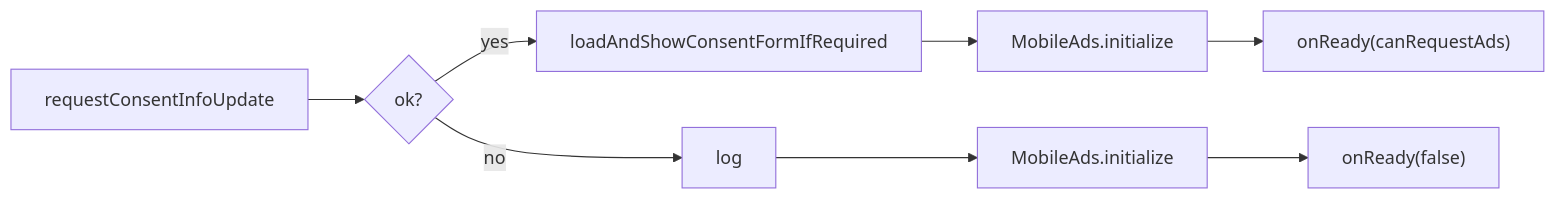
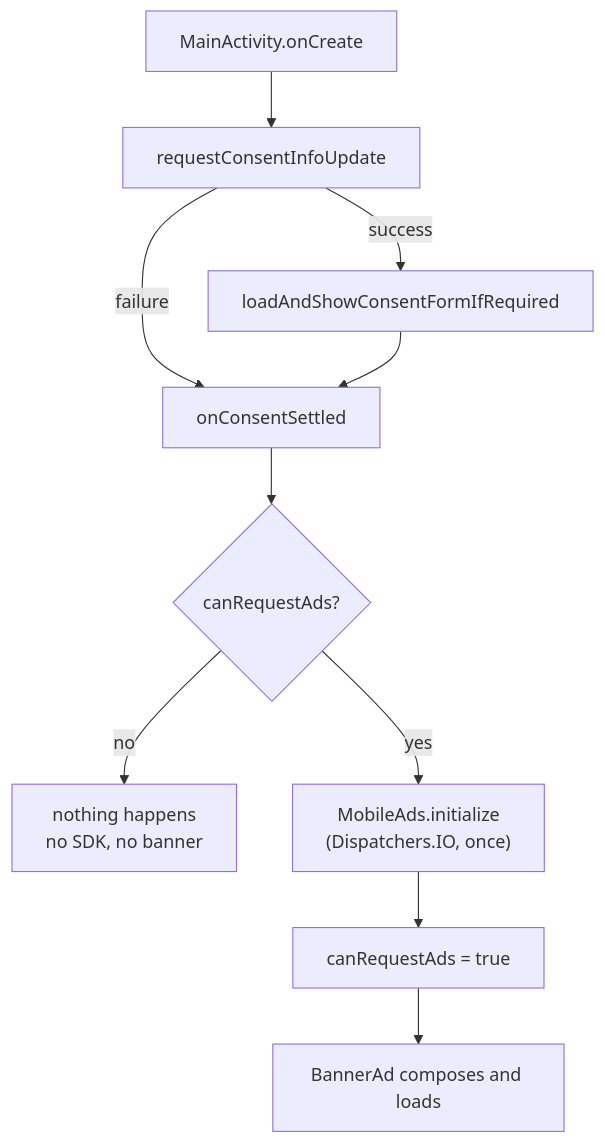
One commit to themantas1994/Earth-idle-game changed the diagram in docs/wiki/Advertising.md. Above: the diagram before and after it, drawn with Mermaid. The commit also changed other lines of this file and 46 other files, not shown here.

````diff
--- a/docs/wiki/Advertising.md
+++ b/docs/wiki/Advertising.md
@@ -50,7 +67,12 @@
 ```mermaid
-flowchart LR
-    A[requestConsentInfoUpdate] --> B{ok?}
-    B -->|yes| C[loadAndShowConsentFormIfRequired]
-    C --> D[MobileAds.initialize] --> E["onReady(canRequestAds)"]
-    B -->|no| F[log] --> G[MobileAds.initialize] --> H["onReady(false)"]
+flowchart TD
+    A[MainActivity.onCreate] --> B[requestConsentInfoUpdate]
+    B -->|success| C[loadAndShowConsentFormIfRequired]
+    B -->|failure| D[onConsentSettled]
+    C --> D
+    D --> E{canRequestAds?}
+    E -->|no| F[nothing happens<br/>no SDK, no banner]
+    E -->|yes| G["MobileAds.initialize<br/>(Dispatchers.IO, once)"]
+    G --> H[canRequestAds = true]
+    H --> I[BannerAd composes and loads]
 ```
````
